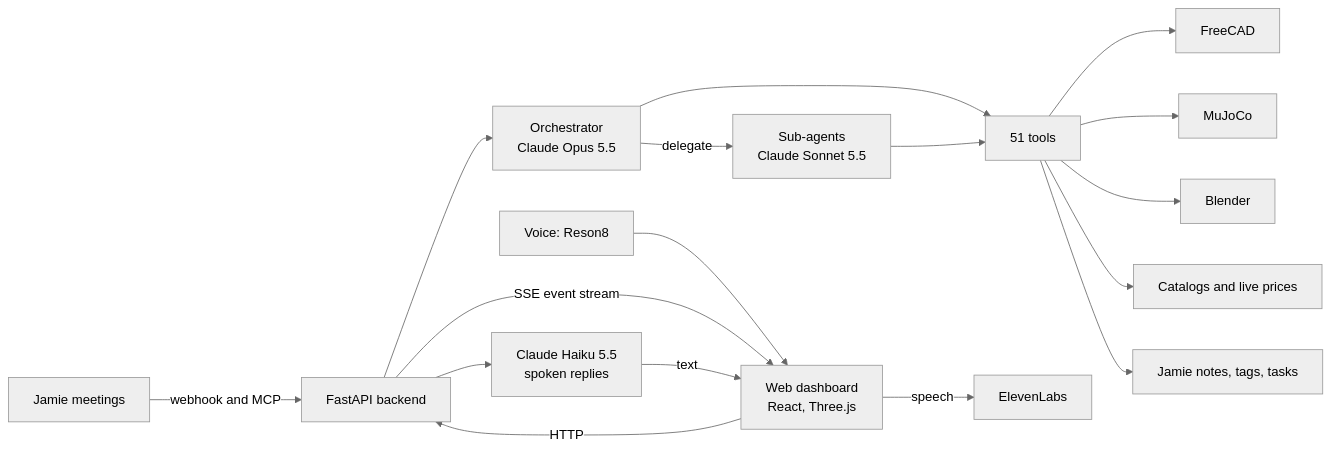
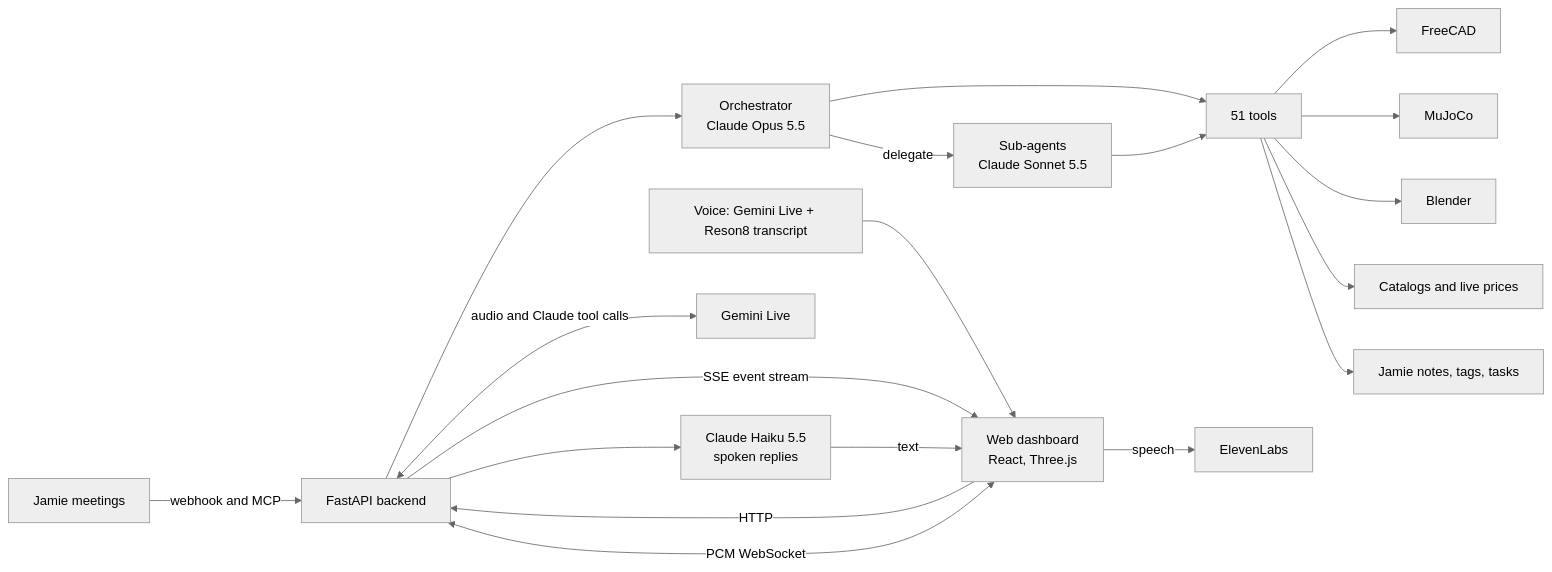
The diagram in README.md (AnyBuildhackathon/bauplan), drawn with Mermaid (neutral theme) before and after one commit. The commit also changed other lines of this file and 22 other files, not shown here.

Commit message:
Add Gemini Live voice with Vertex OAuth and Claude tool handoffs

````diff
--- a/README.md
+++ b/README.md
@@ -41,19 +42,21 @@
 ```mermaid
 flowchart LR
     M[Jamie meetings] -->|webhook and MCP| B
-    V[Voice: Reson8] --> W
+    V[Voice: Gemini Live + Reson8 transcript] --> W
     W[Web dashboard<br/>React, Three.js] -->|HTTP| B[FastAPI backend]
     B -->|SSE event stream| W
     B --> O[Orchestrator<br/>Claude Opus 5.5]
     O -->|delegate| S[Sub-agents<br/>Claude Sonnet 5.5]
     O --> T[51 tools]
     S --> T
     T --> FC[FreeCAD]
     T --> MJ[MuJoCo]
     T --> BL[Blender]
     T --> PR[Catalogs and live prices]
     T --> J2[Jamie notes, tags, tasks]
+    W <-->|PCM WebSocket| B
+    B <-->|audio and Claude tool calls| G[Gemini Live]
     B --> H[Claude Haiku 5.5<br/>spoken replies]
     H -->|text| W
     W -->|speech| E[ElevenLabs]
 ```
````
